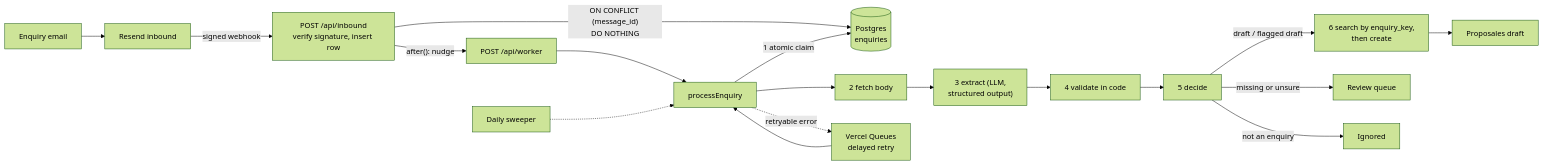
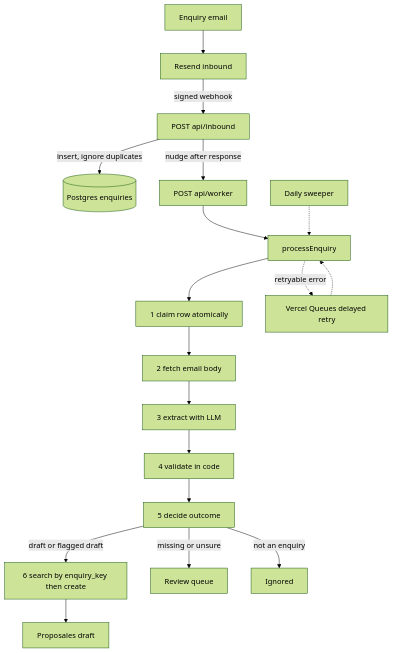
One commit to ColdVisionzz/proposales-technical-case changed the first of 2 diagrams in README.md. Above: the diagram before and after it, drawn with Mermaid (forest theme). The commit also changed other lines of this file and 2 other files, not shown here.

Commit message:
docs: add reviewer summary, correct outage claims, fix flowchart

````diff
--- a/README.md
+++ b/README.md
@@ -69,20 +89,20 @@
 ```mermaid
-flowchart LR
+flowchart TD
     A[Enquiry email] --> B[Resend inbound]
-    B -->|signed webhook| C["POST /api/inbound<br/>verify signature, insert row"]
-    C -->|"ON CONFLICT (message_id)<br/>DO NOTHING"| D[(Postgres<br/>enquiries)]
-    C -->|"after(): nudge"| E["POST /api/worker"]
-    E --> F["processEnquiry"]
-    F -->|"1 atomic claim"| D
-    F --> G["2 fetch body"]
-    G --> H["3 extract (LLM,<br/>structured output)"]
-    H --> I["4 validate in code"]
-    I --> J["5 decide"]
-    J -->|"draft / flagged draft"| K["6 search by enquiry_key,<br/>then create"]
-    K --> L[Proposales draft]
-    J -->|"missing or unsure"| M[Review queue]
-    J -->|"not an enquiry"| N[Ignored]
-    F -.->|"retryable error"| Q["Vercel Queues<br/>delayed retry"]
-    Q --> F
-    S["Daily sweeper"] -.-> F
+    B -->|signed webhook| C[POST api/inbound]
+    C -->|insert, ignore duplicates| D[(Postgres enquiries)]
+    C -->|nudge after response| E[POST api/worker]
+    E --> F[processEnquiry]
+    F --> G[1 claim row atomically]
+    G --> H[2 fetch email body]
+    H --> I[3 extract with LLM]
+    I --> J[4 validate in code]
+    J --> K[5 decide outcome]
+    K -->|draft or flagged draft| L[6 search by enquiry_key then create]
+    L --> M[Proposales draft]
+    K -->|missing or unsure| N[Review queue]
+    K -->|not an enquiry| O[Ignored]
+    F -.->|retryable error| P[Vercel Queues delayed retry]
+    P -.-> F
+    Q[Daily sweeper] -.-> F
 ```
````
